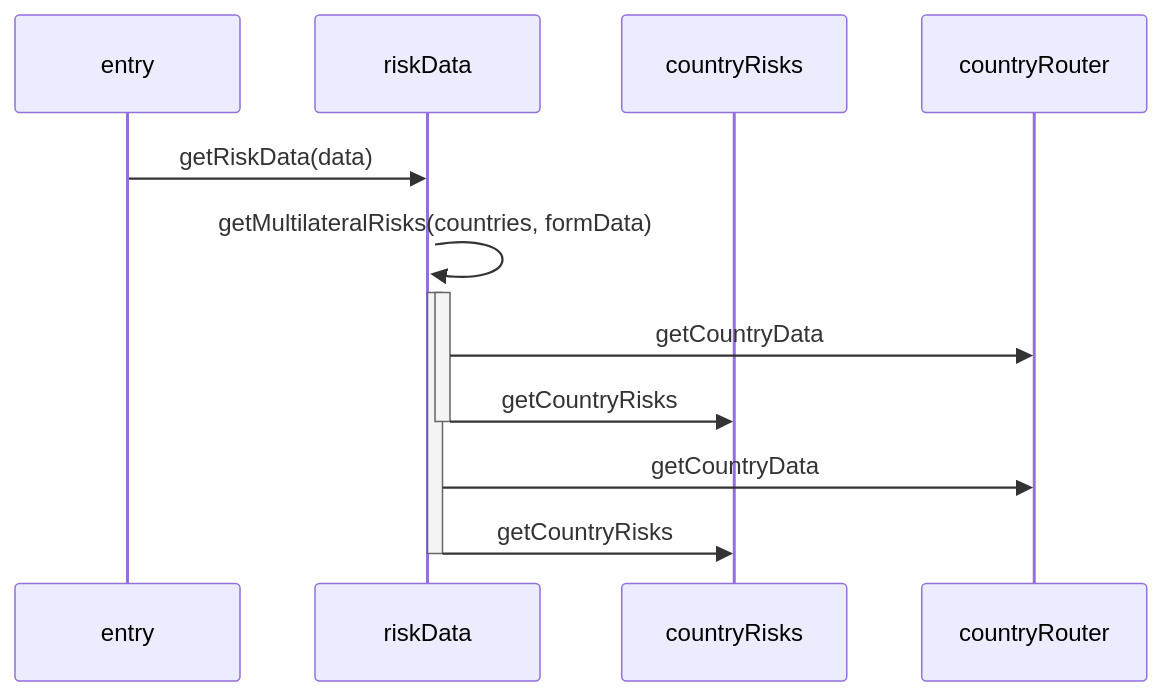
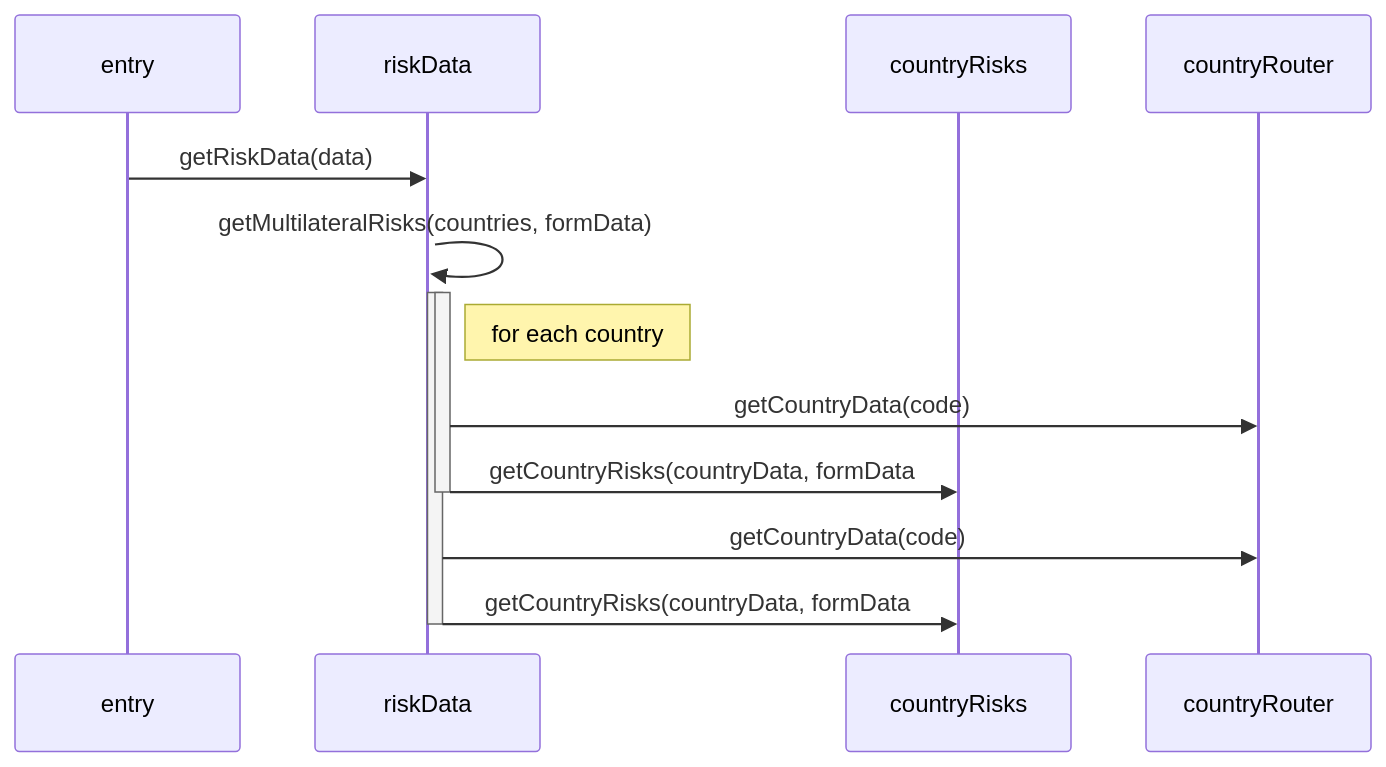
Before and after one commit to mluukkai/poc: the first of 2 diagrams in README.md, drawn with Mermaid.

Commit message:
Clarify riskData interactions in README

````diff
--- a/README.md
+++ b/README.md
@@ -1,18 +1,19 @@
 ```mermaid
 sequenceDiagram
     participant entry
     participant riskData
     participant countryRisks
     participant countryRouter
 
     entry->>riskData: getRiskData(data)
     activate riskData
     riskData ->>+ riskData: getMultilateralRisks(countries, formData)
     activate riskData
-    riskData ->> countryRouter: getCountryData
-    riskData ->> countryRisks: getCountryRisks
+    Note right of riskData: for each country
+    riskData ->> countryRouter: getCountryData(code)
+    riskData ->> countryRisks: getCountryRisks(countryData, formData
     deactivate riskData
-    riskData ->> countryRouter: getCountryData
-    riskData ->> countryRisks: getCountryRisks
+    riskData ->> countryRouter: getCountryData(code)
+    riskData ->> countryRisks: getCountryRisks(countryData, formData
     deactivate riskData
 ```
````
